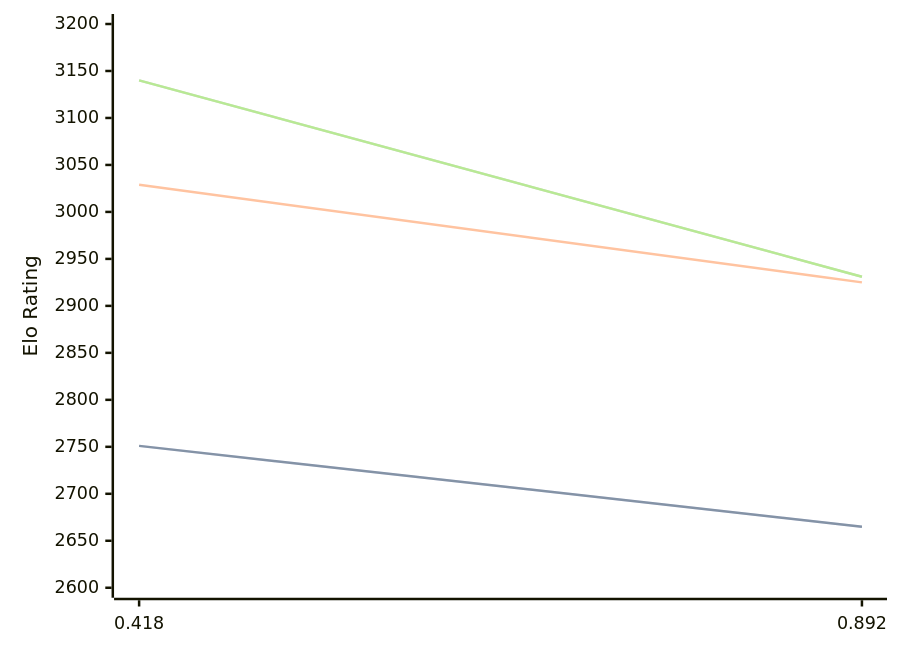
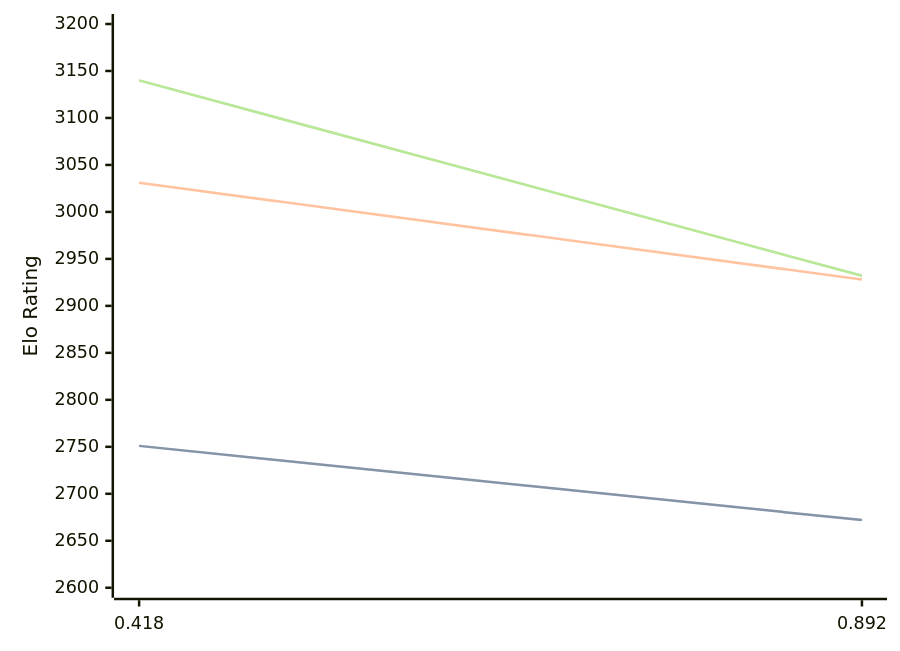
The diagram in engines/Malika.md (computer-chess-index/cci), drawn with Mermaid before and after one commit. The commit also changed other lines of this file, not shown here.

Commit message:
Update CCI Ratings (ELO VLTC) - 2026-03-14

````diff
--- a/engines/Malika.md
+++ b/engines/Malika.md
@@ -30,11 +30,11 @@
 ```mermaid
 %%{init: {"theme":"base","themeVariables":{"seriesColors:['#a3a3a3','#222221','#faa371']}}}%%
 xychart-beta
   x-axis ["0.418", "0.892"]
   y-axis "Elo Rating" 2600 --> 3200
-  line "STC (8.0+0.08s)" [2751, 2665]
-  line "STC (8.0+0.08s)" [2751, 2665]
-  line "LTC (60.0+0.60s)" [3029, 2925]
-  line "VLTC (2m24s+1.12s)" [3140, 2931]
-  line "VLTC (2m24s+1.12s)" [3140, 2931]
+  line "STC (8.0+0.08s)" [2751, 2672]
+  line "STC (8.0+0.08s)" [2751, 2672]
+  line "LTC (60.0+0.60s)" [3031, 2928]
+  line "VLTC (2m24s+1.12s)" [3140, 2932]
+  line "VLTC (2m24s+1.12s)" [3140, 2932]
 ```
````
